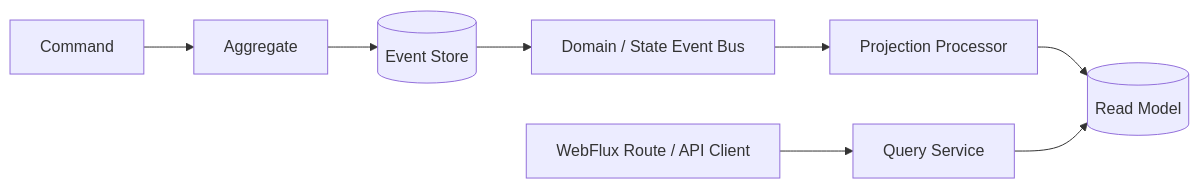
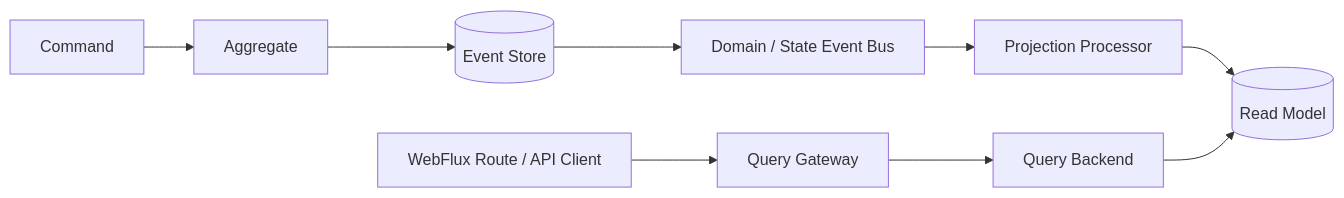
Before and after one commit to Ahoo-Wang/Wow: the diagram in documentation/docs/en/guide/projection.md, drawn with Mermaid. The commit also changed 1 other file, not shown here.

Commit message:
docs(query): show gateway backend boundary

````diff
--- a/documentation/docs/en/guide/projection.md
+++ b/documentation/docs/en/guide/projection.md
@@ -26,10 +26,11 @@
 ```mermaid
 flowchart LR
     C[Command] --> A[Aggregate]
     A --> E[(Event Store)]
     E --> B[Domain / State Event Bus]
     B --> P[Projection Processor]
     P --> R[(Read Model)]
-    Q[Query Service] --> R
-    H[WebFlux Route / API Client] --> Q
+    H[WebFlux Route / API Client] --> G[Query Gateway]
+    G --> Q[Query Backend]
+    Q --> R
 ```
````
